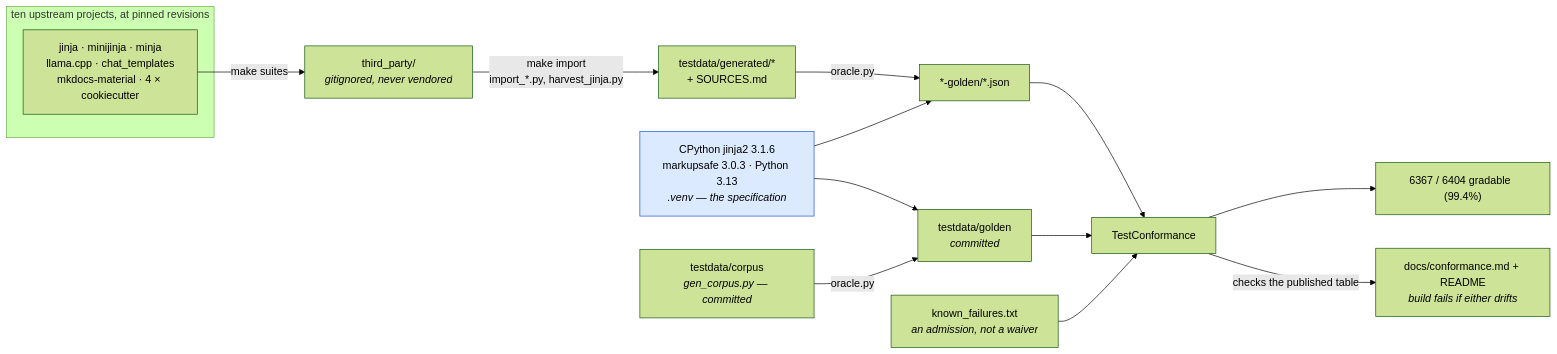
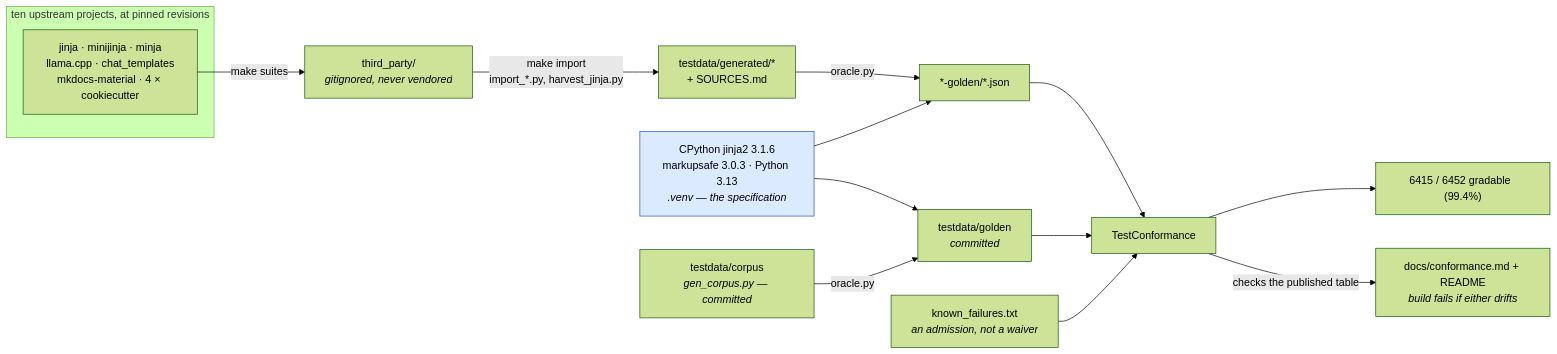
One commit to mgilbir/gojja2 changed the first of 2 diagrams in docs/conformance.md. Above: the diagram before and after it, drawn with Mermaid (forest theme). The commit also changed other lines of this file and 148 other files, not shown here.

````diff
--- a/docs/conformance.md
+++ b/docs/conformance.md
@@ -17,24 +17,24 @@
 ```mermaid
 flowchart LR
     subgraph up["ten upstream projects, at pinned revisions"]
         U1["jinja · minijinja · minja<br/>llama.cpp · chat_templates<br/>mkdocs-material · 4 × cookiecutter"]
     end
     U1 -->|"make suites"| TP["third_party/<br/><i>gitignored, never vendored</i>"]
     TP -->|"make import<br/>import_*.py, harvest_jinja.py"| GEN["testdata/generated/*<br/>+ SOURCES.md"]
 
     ORA["CPython jinja2 3.1.6<br/>markupsafe 3.0.3 · Python 3.13<br/><i>.venv — the specification</i>"]
     GEN -->|"oracle.py"| G2["*-golden/*.json"]
     ORA --> G2
 
     OWN["testdata/corpus<br/><i>gen_corpus.py — committed</i>"] -->|"oracle.py"| G1["testdata/golden<br/><i>committed</i>"]
     ORA --> G1
 
     G1 --> TC["TestConformance"]
     G2 --> TC
     KF["known_failures.txt<br/><i>an admission, not a waiver</i>"] --> TC
-    TC --> RATE["6367 / 6404 gradable  (99.4%)"]
+    TC --> RATE["6415 / 6452 gradable  (99.4%)"]
     TC -->|"checks the published table"| RM["docs/conformance.md + README<br/><i>build fails if either drifts</i>"]
 
     classDef spec fill:#dbeafe,stroke:#1d4ed8,color:#000
     class ORA spec
 ```
````
